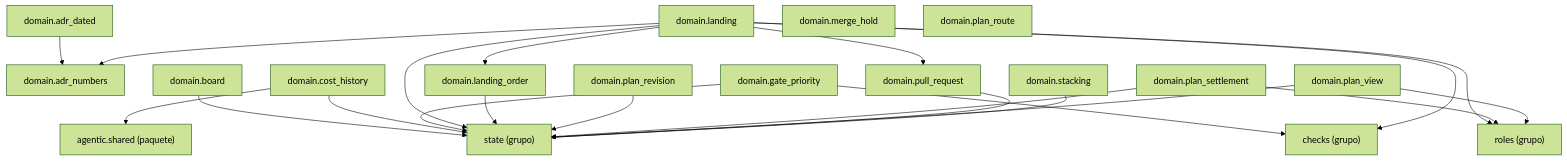
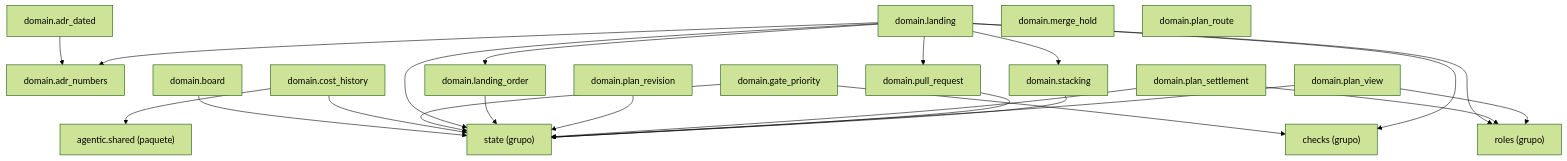
One commit to GonzaloZevallos/agentic-system changed the diagram in docs/architecture/generated/packages-process-domain-landing.md. Above: the diagram before and after it, drawn with Mermaid (forest theme).

Commit message:
Regenerate the landing page for the stacking escalation table

````diff
--- a/docs/architecture/generated/packages-process-domain-landing.md
+++ b/docs/architecture/generated/packages-process-domain-landing.md
@@ -12,41 +12,42 @@
 ```mermaid
 graph TD
     g_domain__checks["checks (grupo)"]
     g_domain__roles["roles (grupo)"]
     g_domain__state["state (grupo)"]
     g_pkg__agentic__shared["agentic.shared (paquete)"]
     m_domain__adr_dated["domain.adr_dated"]
     m_domain__adr_numbers["domain.adr_numbers"]
     m_domain__board["domain.board"]
     m_domain__cost_history["domain.cost_history"]
     m_domain__gate_priority["domain.gate_priority"]
     m_domain__landing["domain.landing"]
     m_domain__landing_order["domain.landing_order"]
     m_domain__merge_hold["domain.merge_hold"]
     m_domain__plan_revision["domain.plan_revision"]
     m_domain__plan_route["domain.plan_route"]
     m_domain__plan_settlement["domain.plan_settlement"]
     m_domain__plan_view["domain.plan_view"]
     m_domain__pull_request["domain.pull_request"]
     m_domain__stacking["domain.stacking"]
     m_domain__adr_dated --> m_domain__adr_numbers
     m_domain__board --> g_domain__state
     m_domain__cost_history --> g_domain__state
     m_domain__cost_history --> g_pkg__agentic__shared
     m_domain__gate_priority --> g_domain__checks
     m_domain__gate_priority --> g_domain__state
     m_domain__landing --> g_domain__checks
     m_domain__landing --> g_domain__roles
     m_domain__landing --> g_domain__state
     m_domain__landing --> m_domain__adr_numbers
     m_domain__landing --> m_domain__landing_order
     m_domain__landing --> m_domain__pull_request
+    m_domain__landing --> m_domain__stacking
     m_domain__landing_order --> g_domain__state
     m_domain__plan_revision --> g_domain__state
     m_domain__plan_settlement --> g_domain__roles
     m_domain__plan_settlement --> g_domain__state
     m_domain__plan_view --> g_domain__roles
     m_domain__plan_view --> g_domain__state
     m_domain__pull_request --> g_domain__state
     m_domain__stacking --> g_domain__state
 ```
````
